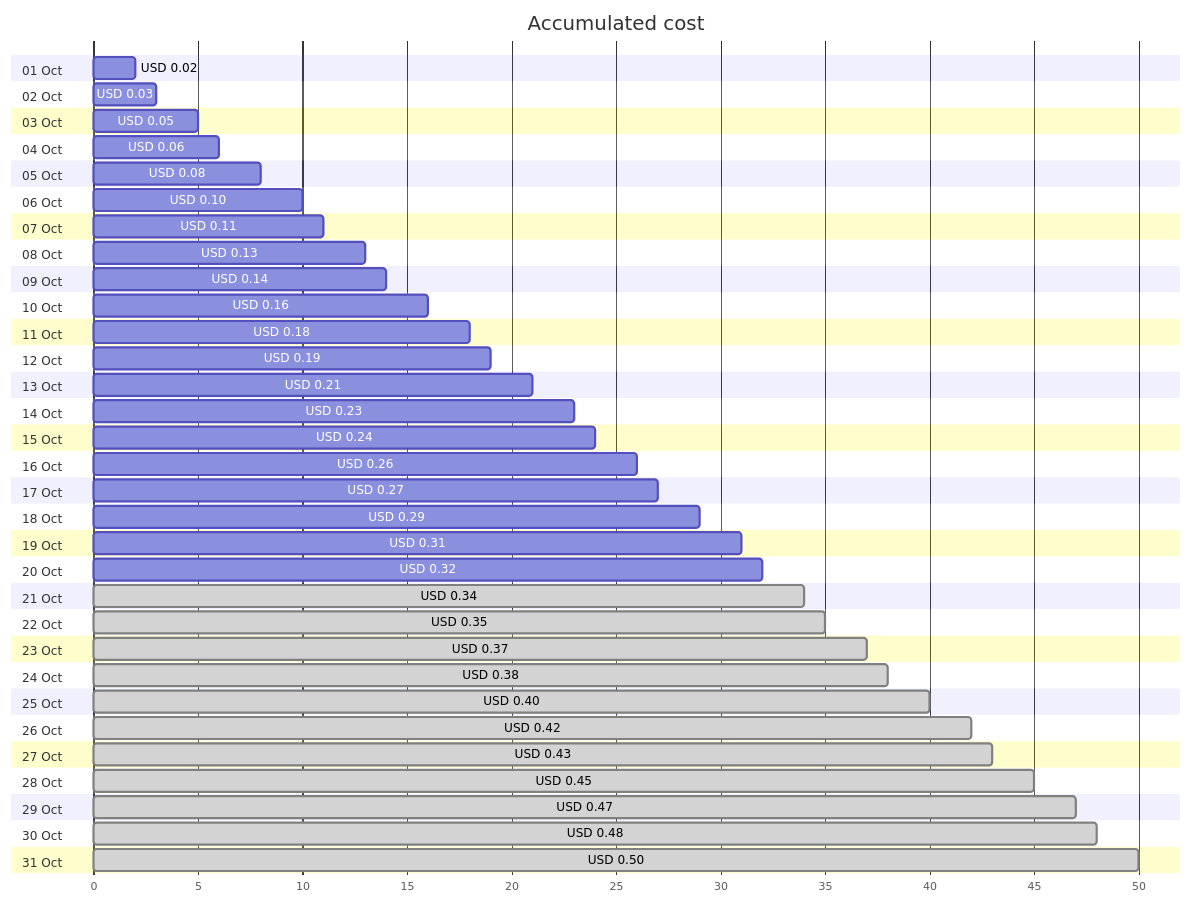
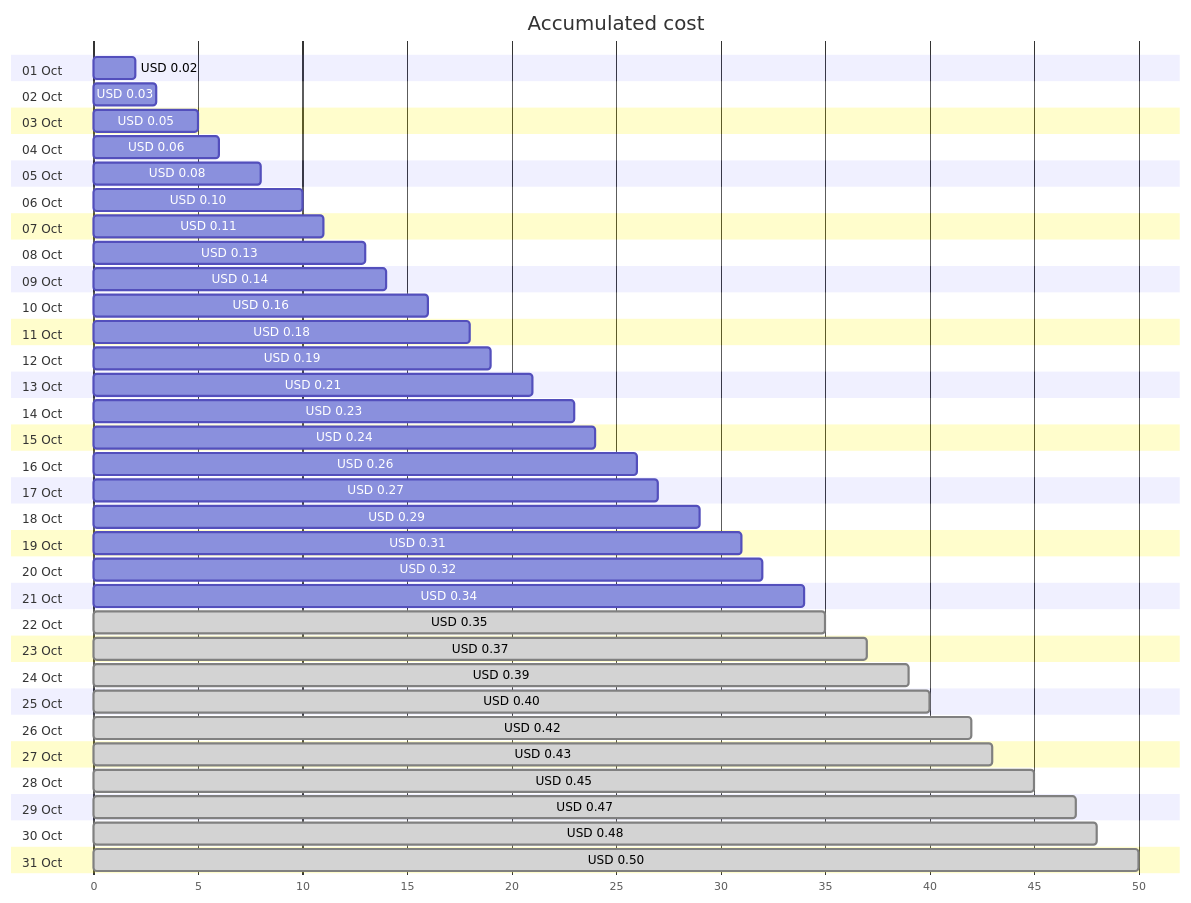
Before and after one commit to jpfulton/azure-personal-reports: the first of 4 diagrams in cost-reports/personal-network/private.jpatrickfulton.com.md, drawn with Mermaid. The commit also changed other lines of this file and 8 other files, not shown here.

````diff
--- a/cost-reports/personal-network/private.jpatrickfulton.com.md
+++ b/cost-reports/personal-network/private.jpatrickfulton.com.md
@@ -20,68 +20,68 @@
 ```mermaid
 gantt
    title Accumulated cost
    dateFormat  X
    axisFormat %s
    section 01 Oct
    USD 0.02 :0, 2
    section 02 Oct
    USD 0.03 :0, 3
    section 03 Oct
    USD 0.05 :0, 5
    section 04 Oct
    USD 0.06 :0, 6
    section 05 Oct
    USD 0.08 :0, 8
    section 06 Oct
    USD 0.10 :0, 10
    section 07 Oct
    USD 0.11 :0, 11
    section 08 Oct
    USD 0.13 :0, 13
    section 09 Oct
    USD 0.14 :0, 14
    section 10 Oct
    USD 0.16 :0, 16
    section 11 Oct
    USD 0.18 :0, 18
    section 12 Oct
    USD 0.19 :0, 19
    section 13 Oct
    USD 0.21 :0, 21
    section 14 Oct
    USD 0.23 :0, 23
    section 15 Oct
    USD 0.24 :0, 24
    section 16 Oct
    USD 0.26 :0, 26
    section 17 Oct
    USD 0.27 :0, 27
    section 18 Oct
    USD 0.29 :0, 29
    section 19 Oct
    USD 0.31 :0, 31
    section 20 Oct
    USD 0.32 :0, 32
    section 21 Oct
-   USD 0.34 : done, 0, 34
+   USD 0.34 :0, 34
    section 22 Oct
    USD 0.35 : done, 0, 35
    section 23 Oct
    USD 0.37 : done, 0, 37
    section 24 Oct
-   USD 0.38 : done, 0, 38
+   USD 0.39 : done, 0, 39
    section 25 Oct
    USD 0.40 : done, 0, 40
    section 26 Oct
    USD 0.42 : done, 0, 42
    section 27 Oct
    USD 0.43 : done, 0, 43
    section 28 Oct
    USD 0.45 : done, 0, 45
    section 29 Oct
    USD 0.47 : done, 0, 47
    section 30 Oct
    USD 0.48 : done, 0, 48
    section 31 Oct
    USD 0.50 : done, 0, 50
 ```
````
